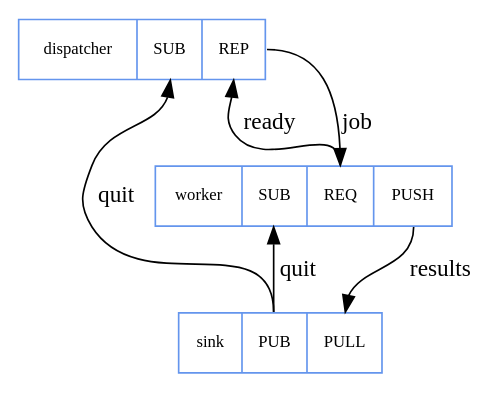
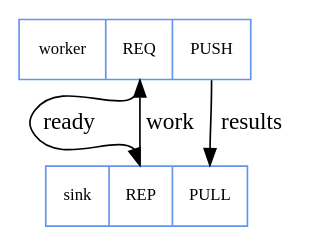
Before and after one commit to briandunn/flatware: the diagram in connections.dot, drawn with Graphviz. The commit also changed 15 other files, not shown here.

```diff
--- a/connections.dot
+++ b/connections.dot
@@ -1,16 +1,13 @@
 digraph {
   node [color=cornflowerblue];
   subgraph {
     node [shape=record, fontsize=10.0];
-    dispatcher [label="dispatcher | <sub> SUB | <rep>  REP"];
-    worker     [label="worker     | <sub> SUB | <req>  REQ | <push> PUSH"];
-    sink       [label="sink       | <pub> PUB | <pull> PULL"];
+    worker     [label="worker | <req> REQ | <push> PUSH"];
+    sink       [label="sink   | <rep> REP | <pull> PULL"];
   }
   subgraph {
-    sink:pub       -> dispatcher:sub [label=quit];
-    sink:pub       -> worker:sub     [label=quit];
-    worker:push    -> sink:pull      [label=results];
-    worker:req     -> dispatcher:rep [label=ready];
-    dispatcher:rep -> worker:req     [label=job];
+    worker:push -> sink:pull  [label=results];
+    worker:req  -> sink:rep   [label=ready];
+    sink:rep    -> worker:req [label=work];
   }
 }
```
